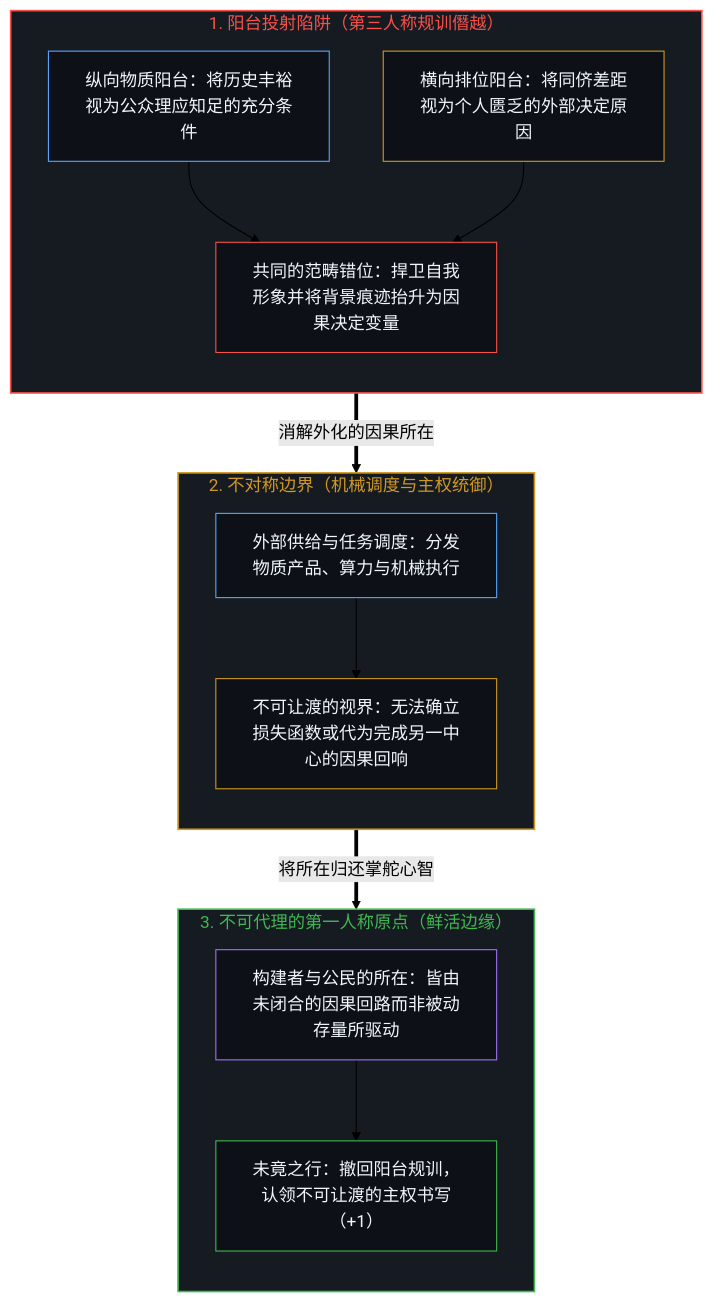
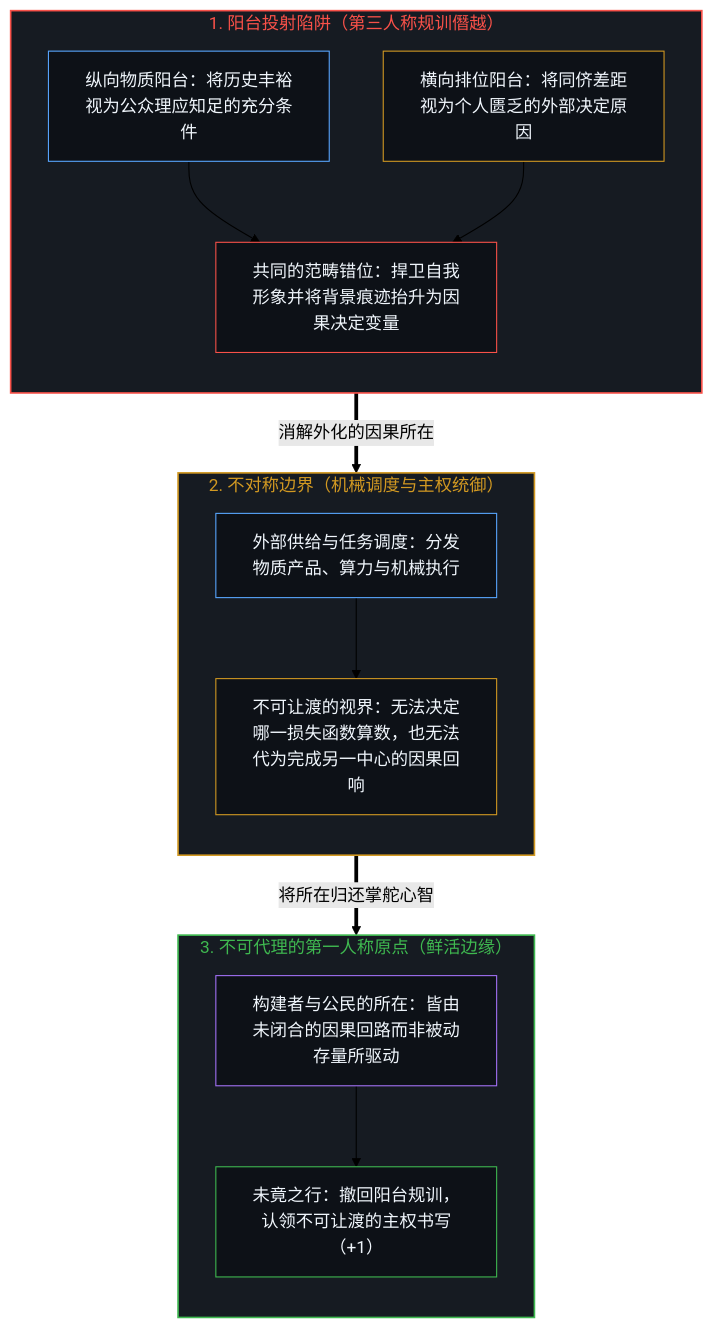
The first of 2 diagrams in content/posts/the-balcony-disciplinary-overstep-and-the-unproxyable-act.md (powerpig99/not-a-toe), drawn with Mermaid (forest theme) before and after one commit. The commit also changed other lines of this file and 1 other file, not shown here.

````diff
--- a/content/posts/the-balcony-disciplinary-overstep-and-the-unproxyable-act.md
+++ b/content/posts/the-balcony-disciplinary-overstep-and-the-unproxyable-act.md
@@ -75,35 +75,35 @@
 ```mermaid
 flowchart TD
     subgraph S_Balcony["1. 阳台投射陷阱（第三人称规训僭越）"]
         direction TB
         B_Long["纵向物质阳台：将历史丰裕视为公众理应知足的充分条件"]
         B_Horiz["横向排位阳台：将同侪差距视为个人匮乏的外部决定原因"]
         B_Error["共同的范畴错位：捍卫自我形象并将背景痕迹抬升为因果决定变量"]
         B_Long --> B_Error
         B_Horiz --> B_Error
     end
     subgraph S_Split["2. 不对称边界（机械调度与主权统御）"]
         direction TB
         D_Route["外部供给与任务调度：分发物质产品、算力与机械执行"]
-        D_Limit["不可让渡的视界：无法确立损失函数或代为完成另一中心的因果回响"]
+        D_Limit["不可让渡的视界：无法决定哪一损失函数算数，也无法代为完成另一中心的因果回响"]
         D_Route --> D_Limit
     end
     subgraph S_Origin["3. 不可代理的第一人称原点（鲜活边缘）"]
         direction TB
         O_Edge["构建者与公民的所在：皆由未闭合的因果回路而非被动存量所驱动"]
         O_Act["未竟之行：撤回阳台规训，认领不可让渡的主权书写（+1）"]
         O_Edge --> O_Act
     end
     B_Error ==>|"消解外化的因果所在"| D_Route
     D_Limit ==>|"将所在归还掌舵心智"| O_Edge
     style S_Balcony fill:#161b22,stroke:#f85149,stroke-width:1.5px,color:#f85149
     style S_Split fill:#161b22,stroke:#d29922,stroke-width:1.5px,color:#d29922
     style S_Origin fill:#161b22,stroke:#3fb950,stroke-width:1.5px,color:#3fb950
     style B_Long fill:#0d1117,stroke:#58a6ff,stroke-width:1px,color:#f0f6fc
     style B_Horiz fill:#0d1117,stroke:#d29922,stroke-width:1px,color:#f0f6fc
     style B_Error fill:#0d1117,stroke:#f85149,stroke-width:1px,color:#f0f6fc
     style D_Route fill:#0d1117,stroke:#58a6ff,stroke-width:1px,color:#f0f6fc
     style D_Limit fill:#0d1117,stroke:#d29922,stroke-width:1px,color:#f0f6fc
     style O_Edge fill:#0d1117,stroke:#a371f7,stroke-width:1px,color:#f0f6fc
     style O_Act fill:#0d1117,stroke:#3fb950,stroke-width:1px,color:#f0f6fc
 ```
````
